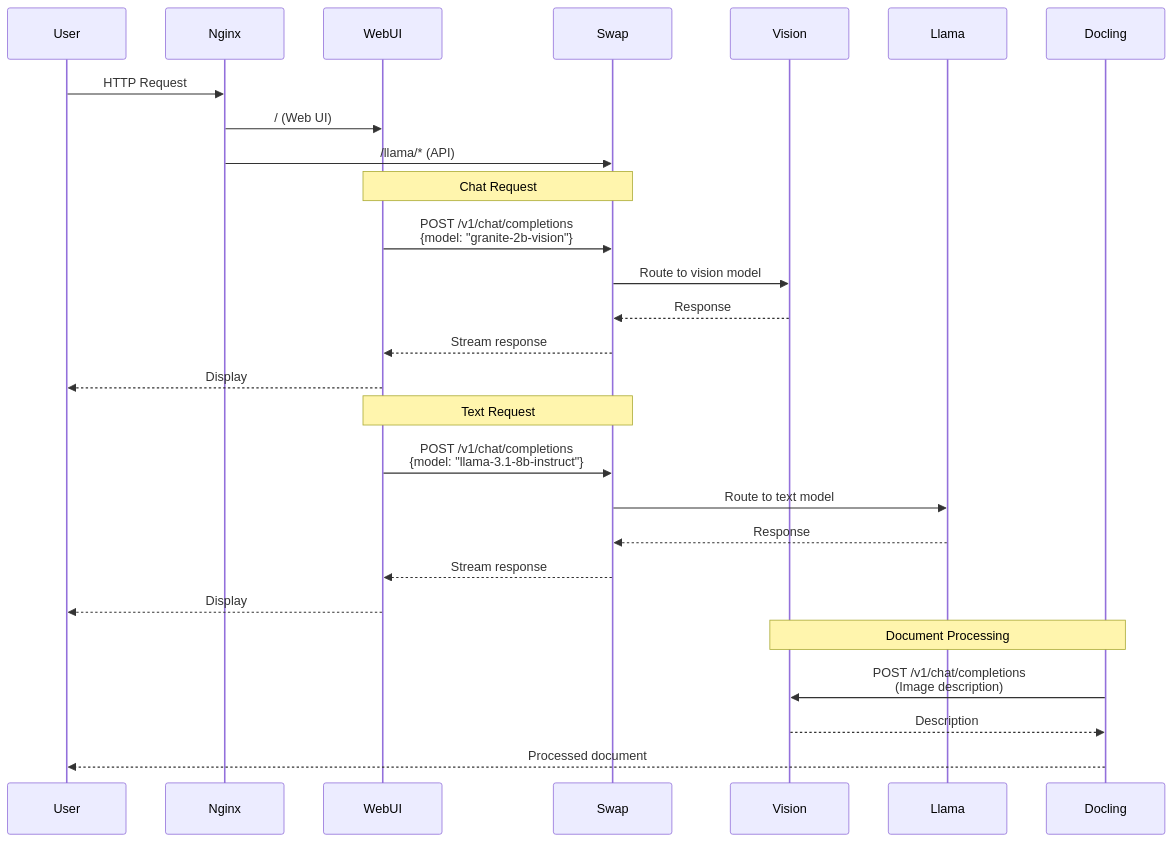
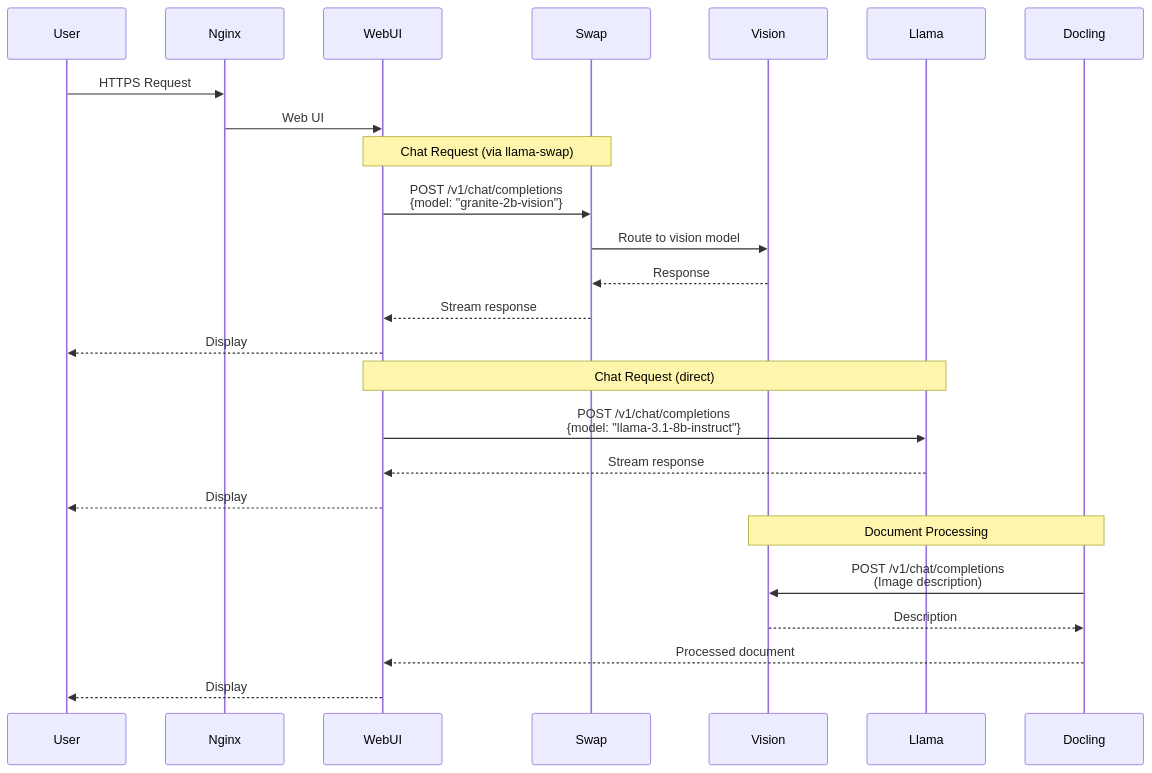
Before and after one commit to AlaiPartners/dgx-spark-ai-stack: the second of 2 diagrams in README.md, drawn with Mermaid. The commit also changed other lines of this file, not shown here.

````diff
--- a/README.md
+++ b/README.md
@@ -67,32 +38,30 @@
 ```mermaid
 sequenceDiagram
     participant User
     participant Nginx
     participant WebUI
     participant Swap
     participant Vision
     participant Llama
+
+    User->>Nginx: HTTPS Request
+    Nginx->>WebUI: Web UI
     
-    User->>Nginx: HTTP Request
-    Nginx->>WebUI: / (Web UI)
-    Nginx->>Swap: /llama/* (API)
-    
-    Note over WebUI,Swap: Chat Request
+    Note over WebUI,Swap: Chat Request (via llama-swap)
     WebUI->>Swap: POST /v1/chat/completions<br/>{model: "granite-2b-vision"}
     Swap->>Vision: Route to vision model
     Vision-->>Swap: Response
     Swap-->>WebUI: Stream response
     WebUI-->>User: Display
-    
-    Note over WebUI,Swap: Text Request
-    WebUI->>Swap: POST /v1/chat/completions<br/>{model: "llama-3.1-8b-instruct"}
-    Swap->>Llama: Route to text model
-    Llama-->>Swap: Response
-    Swap-->>WebUI: Stream response
+
+    Note over WebUI,Llama: Chat Request (direct)
+    WebUI->>Llama: POST /v1/chat/completions<br/>{model: "llama-3.1-8b-instruct"}
+    Llama-->>WebUI: Stream response
     WebUI-->>User: Display
     
     Note over Docling,Vision: Document Processing
     Docling->>Vision: POST /v1/chat/completions<br/>(Image description)
     Vision-->>Docling: Description
-    Docling-->>User: Processed document
+    Docling-->>WebUI: Processed document
+    WebUI-->>User: Display
 ```
````
